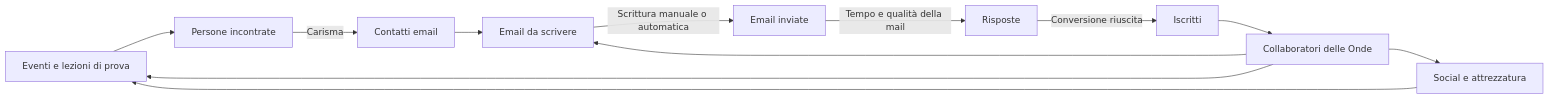
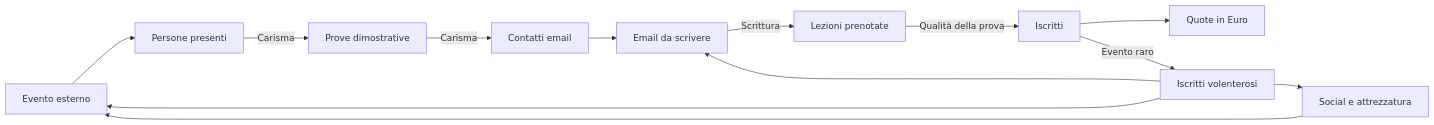
Before and after one commit to AndSim91/LudoClicker: the diagram in GAME_DESIGN_DOCUMENT.md, drawn with Mermaid. The commit also changed other lines of this file, not shown here.

````diff
--- a/GAME_DESIGN_DOCUMENT.md
+++ b/GAME_DESIGN_DOCUMENT.md
@@ -101,14 +104,15 @@
 ```mermaid
 flowchart LR
-    A["Eventi e lezioni di prova"] --> B["Persone incontrate"]
-    B -->|Carisma| C["Contatti email"]
-    C --> D["Email da scrivere"]
-    D -->|Scrittura manuale o automatica| E["Email inviate"]
-    E -->|Tempo e qualità della mail| F["Risposte"]
-    F -->|Conversione riuscita| G["Iscritti"]
-    G --> H["Collaboratori delle Onde"]
-    H --> A
-    H --> D
-    H --> I["Social e attrezzatura"]
+    A["Evento esterno"] --> B["Persone presenti"]
+    B -->|Carisma| C["Prove dimostrative"]
+    C -->|Carisma| D["Contatti email"]
+    D --> E["Email da scrivere"]
+    E -->|Scrittura| F["Lezioni prenotate"]
+    F -->|Qualità della prova| G["Iscritti"]
+    G --> H["Quote in Euro"]
+    G -->|Evento raro| I["Iscritti volenterosi"]
     I --> A
+    I --> E
+    I --> J["Social e attrezzatura"]
+    J --> A
 ```
````
